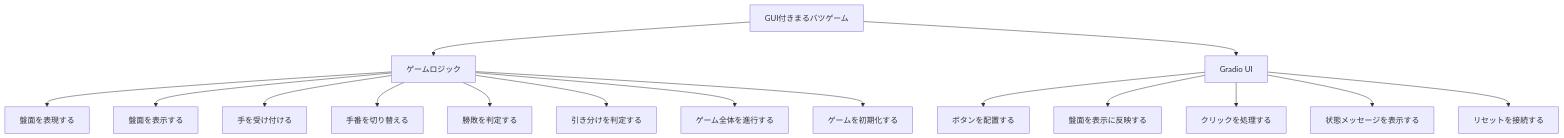
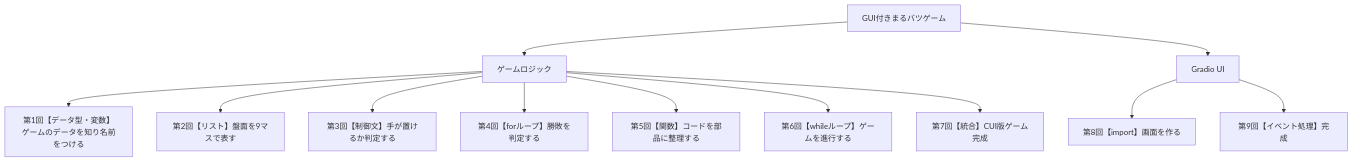
Before and after one commit to KeioAIConsortium/python_on_demand_step1: the diagram in script/第0回.md, drawn with Mermaid. The commit also changed other lines of this file and 3 other files, not shown here.

````diff
--- a/script/第0回.md
+++ b/script/第0回.md
@@ -28,21 +28,15 @@
 ```mermaid
 graph TD
     A[GUI付きまるバツゲーム]
     A --> B[ゲームロジック]
     A --> C[Gradio UI]
-
-    B --> B1[盤面を表現する]
-    B --> B2[盤面を表示する]
-    B --> B3[手を受け付ける]
-    B --> B4[手番を切り替える]
-    B --> B5[勝敗を判定する]
-    B --> B6[引き分けを判定する]
-    B --> B7[ゲーム全体を進行する]
-    B --> B8[ゲームを初期化する]
-
-    C --> C1[ボタンを配置する]
-    C --> C2[盤面を表示に反映する]
-    C --> C3[クリックを処理する]
-    C --> C4[状態メッセージを表示する]
-    C --> C5[リセットを接続する]
+    B --> B1["第1回【データ型・変数】ゲームのデータを知り名前をつける"]
+    B --> B2["第2回【リスト】盤面を9マスで表す"]
+    B --> B3["第3回【制御文】手が置けるか判定する"]
+    B --> B4["第4回【forループ】勝敗を判定する"]
+    B --> B5["第5回【関数】コードを部品に整理する"]
+    B --> B6["第6回【whileループ】ゲームを進行する"]
+    B --> B7["第7回【統合】CUI版ゲーム完成"]
+    C --> C1["第8回【import】画面を作る"]
+    C --> C2["第9回【イベント処理】完成"]
 ```
````
